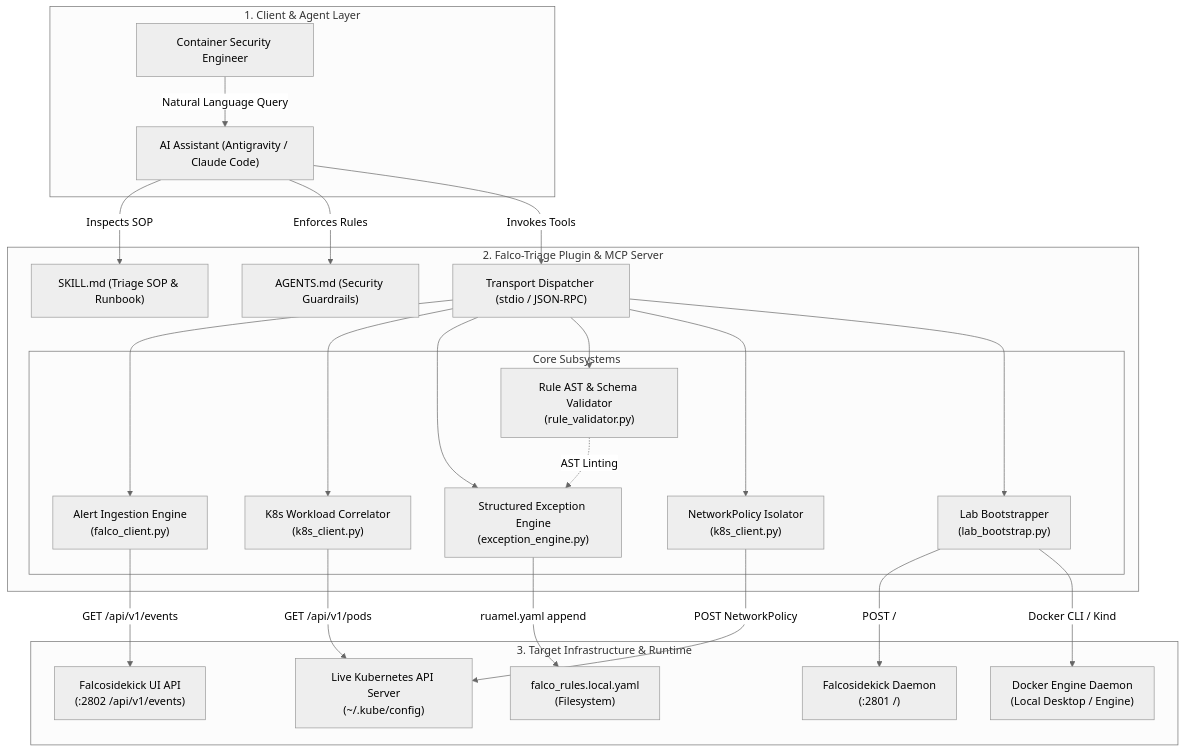
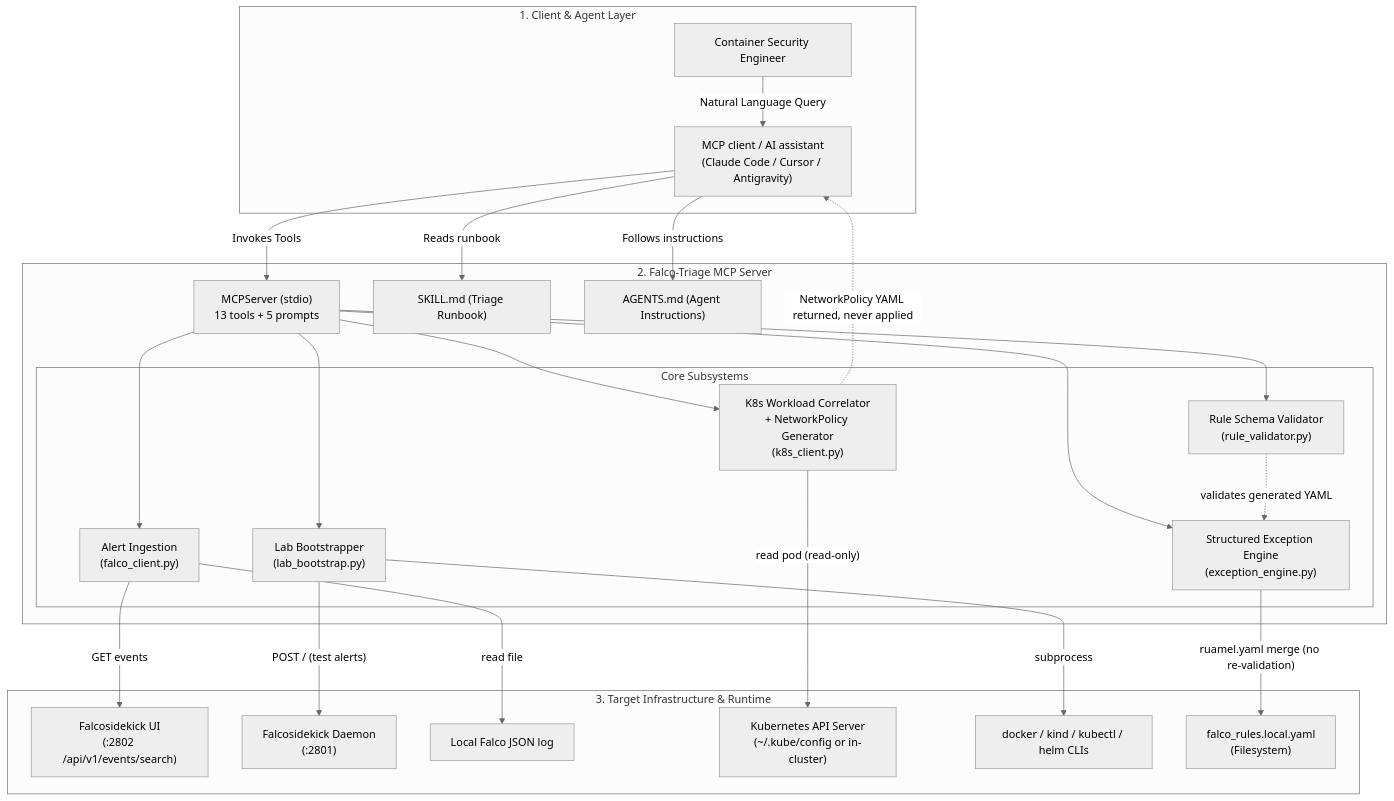
One commit to ritvikindupuri/FalcoMCP changed the first of 2 diagrams in docs/TECHNICAL_DOCUMENTATION.md. Above: the diagram before and after it, drawn with Mermaid (neutral theme). The commit also changed other lines of this file and 5 other files, not shown here.

Commit message:
Docs accuracy pass; declare PyYAML, fix ui_port wiring, append docstring

````diff
--- a/docs/TECHNICAL_DOCUMENTATION.md
+++ b/docs/TECHNICAL_DOCUMENTATION.md
@@ -52,50 +52,50 @@
 ```mermaid
 graph TB
     subgraph ClientLayer ["1. Client & Agent Layer"]
         User["Container Security Engineer"]
-        Agent["AI Assistant (Antigravity / Claude Code)"]
+        Agent["MCP client / AI assistant<br/>(Claude Code / Cursor / Antigravity)"]
         User -->|"Natural Language Query"| Agent
     end
 
-    subgraph PluginLayer ["2. Falco-Triage Plugin & MCP Server"]
-        Router["Transport Dispatcher (stdio / JSON-RPC)"]
-        SkillGuide["SKILL.md (Triage SOP & Runbook)"]
-        Guardrails["AGENTS.md (Security Guardrails)"]
-        
-        Agent -->|"Inspects SOP"| SkillGuide
-        Agent -->|"Enforces Rules"| Guardrails
+    subgraph PluginLayer ["2. Falco-Triage MCP Server"]
+        Router["MCPServer (stdio)<br/>13 tools + 5 prompts"]
+        SkillGuide["SKILL.md (Triage Runbook)"]
+        Guardrails["AGENTS.md (Agent Instructions)"]
+
+        Agent -->|"Reads runbook"| SkillGuide
+        Agent -->|"Follows instructions"| Guardrails
         Agent -->|"Invokes Tools"| Router
 
         subgraph CoreSubsystems ["Core Subsystems"]
-            Ingestor["Alert Ingestion Engine<br/>(falco_client.py)"]
-            Correlator["K8s Workload Correlator<br/>(k8s_client.py)"]
+            Ingestor["Alert Ingestion<br/>(falco_client.py)"]
+            Correlator["K8s Workload Correlator<br/>+ NetworkPolicy Generator<br/>(k8s_client.py)"]
             ExceptionGen["Structured Exception Engine<br/>(exception_engine.py)"]
-            Validator["Rule AST & Schema Validator<br/>(rule_validator.py)"]
-            Isolator["NetworkPolicy Isolator<br/>(k8s_client.py)"]
+            Validator["Rule Schema Validator<br/>(rule_validator.py)"]
             Bootstrapper["Lab Bootstrapper<br/>(lab_bootstrap.py)"]
         end
 
         Router --> Ingestor
         Router --> Correlator
         Router --> ExceptionGen
         Router --> Validator
-        Router --> Isolator
         Router --> Bootstrapper
     end
 
     subgraph InfrastructureLayer ["3. Target Infrastructure & Runtime"]
-        FalcosidekickUI["Falcosidekick UI API<br/>(:2802 /api/v1/events)"]
-        FalcosidekickDaemon["Falcosidekick Daemon<br/>(:2801 /)"]
-        K8sAPI["Live Kubernetes API Server<br/>(~/.kube/config)"]
-        DockerEngine["Docker Engine Daemon<br/>(Local Desktop / Engine)"]
+        FalcosidekickUI["Falcosidekick UI<br/>(:2802 /api/v1/events/search)"]
+        FalcosidekickDaemon["Falcosidekick Daemon<br/>(:2801)"]
+        LogFile["Local Falco JSON log"]
+        K8sAPI["Kubernetes API Server<br/>(~/.kube/config or in-cluster)"]
+        CLIs["docker / kind / kubectl / helm CLIs"]
         RulesFile["falco_rules.local.yaml<br/>(Filesystem)"]
 
-        Ingestor -->|"GET /api/v1/events"| FalcosidekickUI
-        Bootstrapper -->|"POST /"| FalcosidekickDaemon
-        Correlator -->|"GET /api/v1/pods"| K8sAPI
-        Isolator -->|"POST NetworkPolicy"| K8sAPI
-        Bootstrapper -->|"Docker CLI / Kind"| DockerEngine
-        ExceptionGen -->|"ruamel.yaml append"| RulesFile
-        Validator -.->|"AST Linting"| ExceptionGen
+        Ingestor -->|"GET events"| FalcosidekickUI
+        Ingestor -->|"read file"| LogFile
+        Bootstrapper -->|"POST / (test alerts)"| FalcosidekickDaemon
+        Correlator -->|"read pod (read-only)"| K8sAPI
+        Correlator -.->|"NetworkPolicy YAML returned, never applied"| Agent
+        Bootstrapper -->|"subprocess"| CLIs
+        ExceptionGen -->|"ruamel.yaml merge (no re-validation)"| RulesFile
+        Validator -.->|"validates generated YAML"| ExceptionGen
     end
 ```
````
